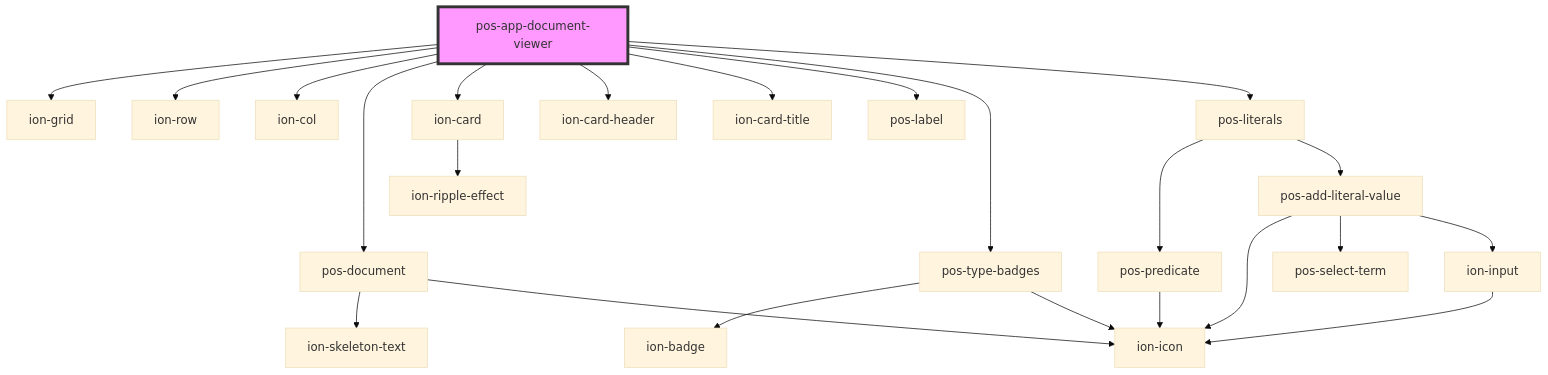
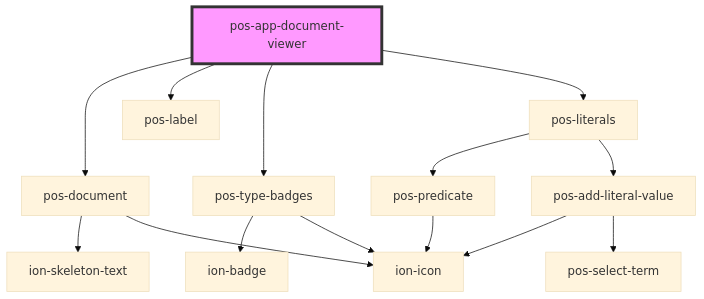
Before and after one commit to pod-os/PodOS: the diagram in docs/elements/apps/pos-app-document-viewer/readme.md, drawn with Mermaid (base theme). The commit also changed other lines of this file and 20 other files, not shown here.

````diff
--- a/docs/elements/apps/pos-app-document-viewer/readme.md
+++ b/docs/elements/apps/pos-app-document-viewer/readme.md
@@ -31,26 +25,17 @@
 ```mermaid
 graph TD;
-  pos-app-document-viewer --> ion-grid
-  pos-app-document-viewer --> ion-row
-  pos-app-document-viewer --> ion-col
   pos-app-document-viewer --> pos-document
-  pos-app-document-viewer --> ion-card
-  pos-app-document-viewer --> ion-card-header
-  pos-app-document-viewer --> ion-card-title
   pos-app-document-viewer --> pos-label
   pos-app-document-viewer --> pos-type-badges
   pos-app-document-viewer --> pos-literals
   pos-document --> ion-skeleton-text
   pos-document --> ion-icon
-  ion-card --> ion-ripple-effect
   pos-type-badges --> ion-badge
   pos-type-badges --> ion-icon
   pos-literals --> pos-predicate
   pos-literals --> pos-add-literal-value
   pos-predicate --> ion-icon
   pos-add-literal-value --> ion-icon
   pos-add-literal-value --> pos-select-term
-  pos-add-literal-value --> ion-input
-  ion-input --> ion-icon
   style pos-app-document-viewer fill:#f9f,stroke:#333,stroke-width:4px
 ```
````
